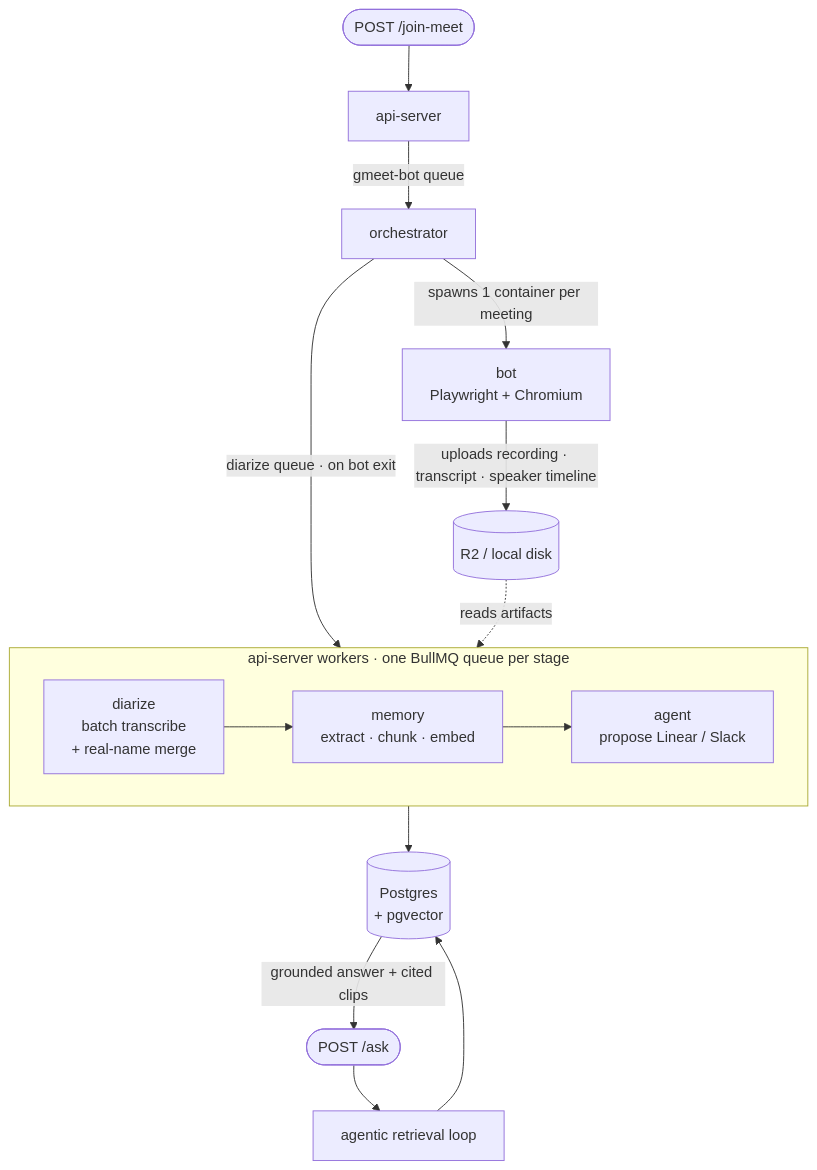
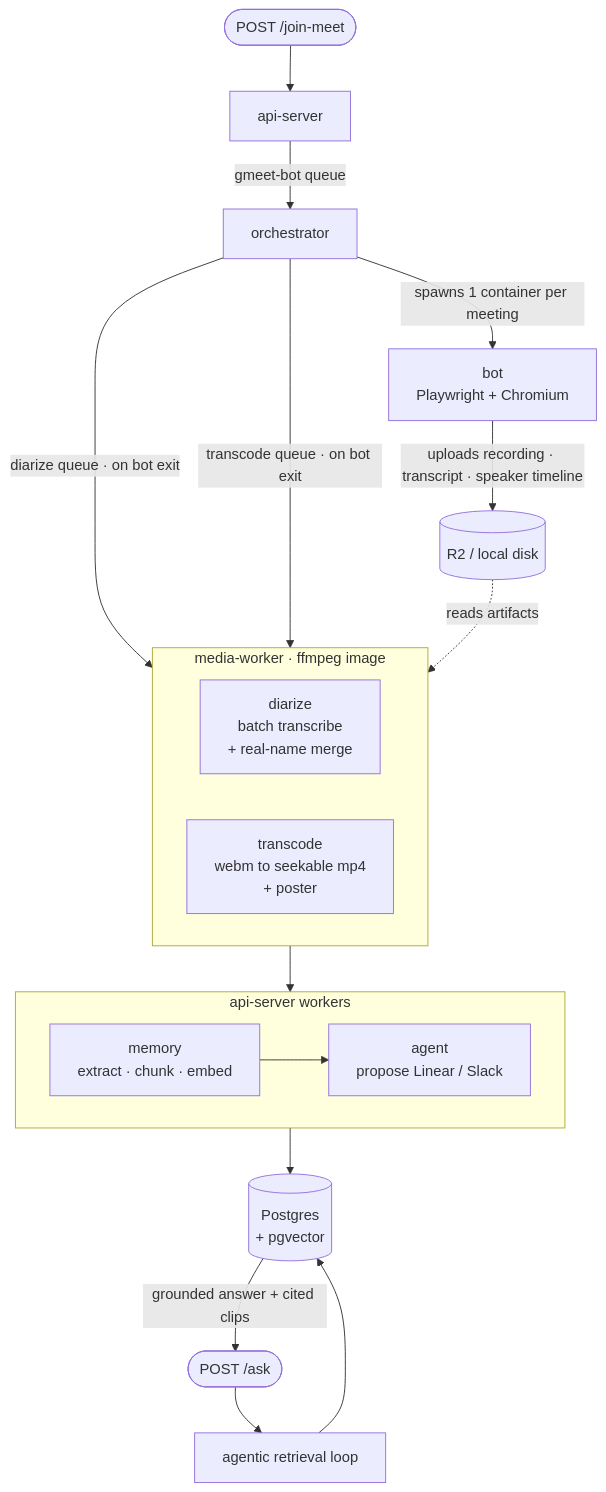
The diagram in README.md (Suksham-sharma/raven-meetbot), drawn with Mermaid before and after one commit. The commit also changed other lines of this file and 198 other files, not shown here.

````diff
--- a/README.md
+++ b/README.md
@@ -19,19 +19,29 @@
 ```mermaid
 flowchart TB
     J([POST /join-meet]) --> API[api-server]
     API -->|gmeet-bot queue| ORCH[orchestrator]
     ORCH -->|spawns 1 container per meeting| BOT[bot<br/>Playwright + Chromium]
     BOT -->|uploads recording · transcript · speaker timeline| R2[(R2 / local disk)]
     ORCH -->|diarize queue · on bot exit| DIA
 
-    subgraph workers [api-server workers · one BullMQ queue per stage]
+    ORCH -->|transcode queue · on bot exit| TRA
+
+    subgraph media [media-worker · ffmpeg image]
         direction LR
-        DIA[diarize<br/>batch transcribe<br/>+ real-name merge] --> MEM[memory<br/>extract · chunk · embed] --> AGT[agent<br/>propose Linear / Slack]
+        TRA[transcode<br/>webm to seekable mp4<br/>+ poster]
+        DIA[diarize<br/>batch transcribe<br/>+ real-name merge]
     end
+
+    subgraph apiw [api-server workers]
+        direction LR
+        MEM[memory<br/>extract · chunk · embed] --> AGT[agent<br/>propose Linear / Slack]
+    end
+
+    DIA --> MEM
 
     R2 -.reads artifacts.-> DIA
     MEM --> PG[(Postgres<br/>+ pgvector)]
 
     ASK([POST /ask]) --> LOOP[agentic retrieval loop] --> PG
     PG -->|grounded answer + cited clips| ASK
 ```
````
